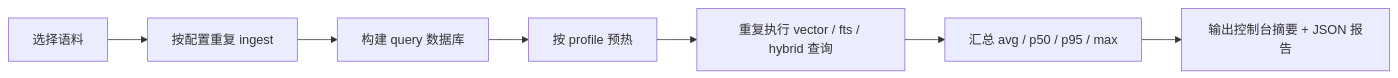
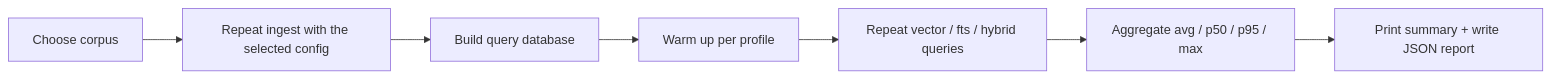
One commit to yeyixiang2007/YFanRAG changed the diagram in docs/performance.md. Above: the diagram before and after it, drawn with Mermaid. The commit also changed other lines of this file and 20 other files, not shown here.

````diff
--- a/docs/performance.md
+++ b/docs/performance.md
@@ -12,9 +14,9 @@
 ```mermaid
 flowchart LR
-  A["选择语料"] --> B["按配置重复 ingest"]
-  B --> C["构建 query 数据库"]
-  C --> D["按 profile 预热"]
-  D --> E["重复执行 vector / fts / hybrid 查询"]
-  E --> F["汇总 avg / p50 / p95 / max"]
-  F --> G["输出控制台摘要 + JSON 报告"]
+  A["Choose corpus"] --> B["Repeat ingest with the selected config"]
+  B --> C["Build query database"]
+  C --> D["Warm up per profile"]
+  D --> E["Repeat vector / fts / hybrid queries"]
+  E --> F["Aggregate avg / p50 / p95 / max"]
+  F --> G["Print summary + write JSON report"]
 ```
````
